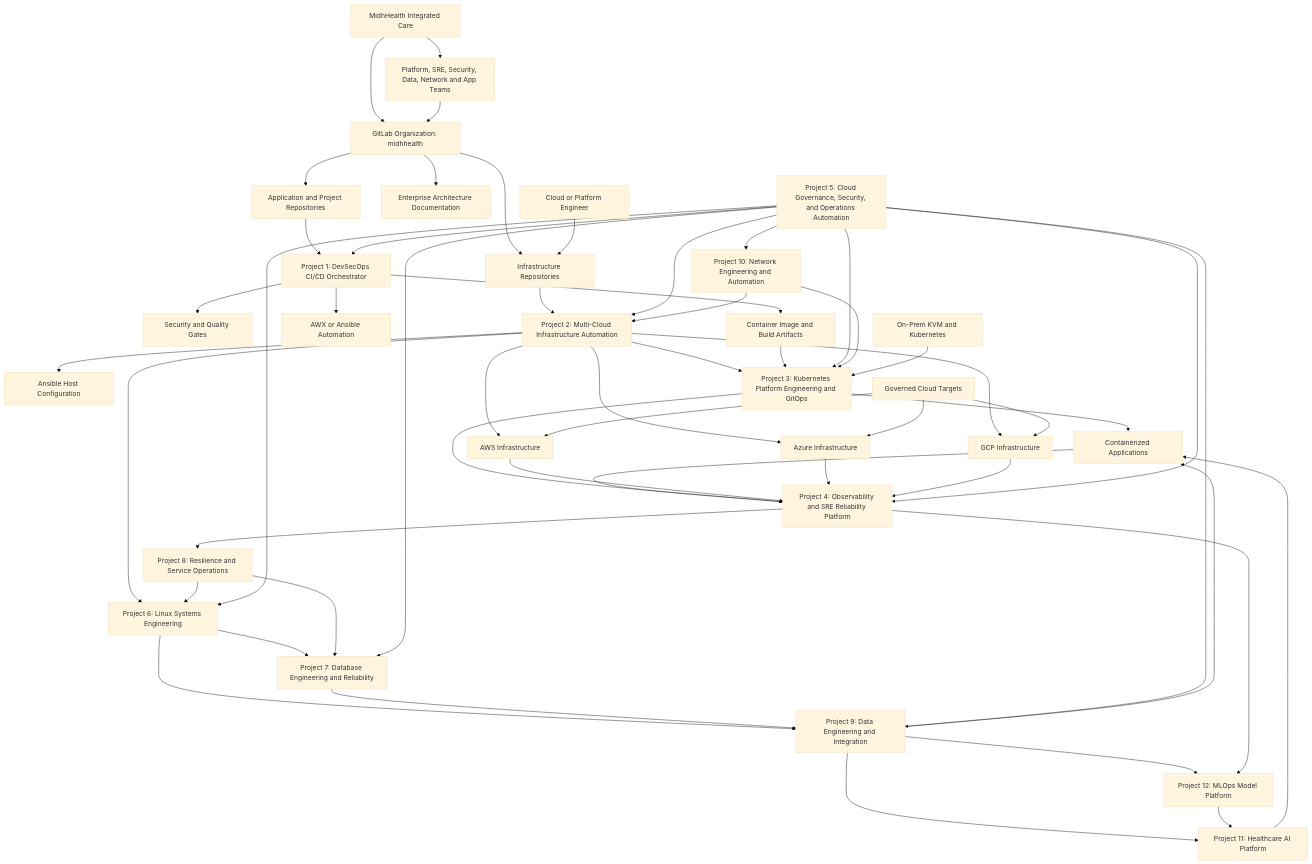
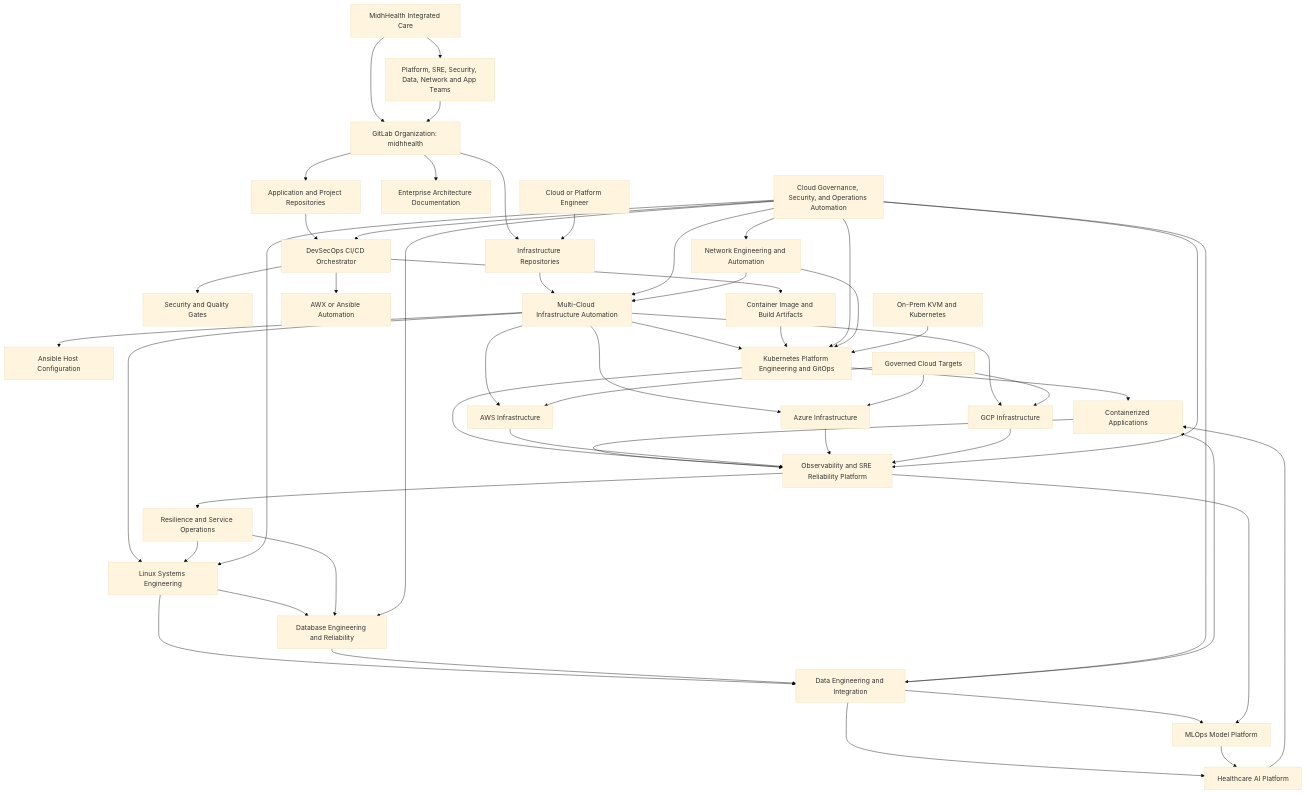
Before and after one commit to MIDHTECH/enterprise-architecture-docs: the first of 3 diagrams in docs/enterprise-project-portfolio-and-usecases.md, drawn with Mermaid (base theme). The commit also changed other lines of this file and 26 other files, not shown here.

````diff
--- a/docs/enterprise-project-portfolio-and-usecases.md
+++ b/docs/enterprise-project-portfolio-and-usecases.md
@@ -145,69 +146,69 @@
 ```mermaid
 flowchart TB
     org[MidhHealth Integrated Care] --> git[GitLab Organization: midhhealth]
     org --> teams[Platform, SRE, Security, Data, Network and App Teams]
     teams --> git
     git --> apprepo[Application and Project Repositories]
     git --> docsrepo[Enterprise Architecture Documentation]
     git --> infrarepo[Infrastructure Repositories]
-    apprepo --> cicd[Project 1: DevSecOps CI/CD Orchestrator]
+    apprepo --> cicd[DevSecOps CI/CD Orchestrator]
     cicd --> scans[Security and Quality Gates]
     cicd --> artifacts[Container Image and Build Artifacts]
     cicd --> awx[AWX or Ansible Automation]
 
     engineer[Cloud or Platform Engineer] --> infrarepo
-    infrarepo --> iac[Project 2: Multi-Cloud Infrastructure Automation]
+    infrarepo --> iac[Multi-Cloud Infrastructure Automation]
     iac --> aws[AWS Infrastructure]
     iac --> azure[Azure Infrastructure]
     iac --> gcp[GCP Infrastructure]
     iac --> ansible[Ansible Host Configuration]
 
-    iac --> k8s[Project 3: Kubernetes Platform Engineering and GitOps]
+    iac --> k8s[Kubernetes Platform Engineering and GitOps]
     artifacts --> k8s
     k8s --> apps[Containerized Applications]
 
-    apps --> obs[Project 4: Observability and SRE Reliability Platform]
+    apps --> obs[Observability and SRE Reliability Platform]
     k8s --> obs
     aws --> obs
     azure --> obs
     gcp --> obs
 
-    sec[Project 5: Cloud Governance, Security, and Operations Automation]
+    sec[Cloud Governance, Security, and Operations Automation]
     sec --> iac
     sec --> k8s
     sec --> obs
     sec --> cicd
 
-    systems[Project 6: Linux Systems Engineering]
-    database[Project 7: Database Engineering and Reliability]
-    resilience[Project 8: Resilience and Service Operations]
-    data[Project 9: Data Engineering and Integration]
-    network[Project 10: Network Engineering and Automation]
-    ai[Project 11: Healthcare AI Platform]
-    ml[Project 12: MLOps Model Platform]
+    systems[Linux Systems Engineering]
+    database[Database Engineering and Reliability]
+    resilience[Resilience and Service Operations]
+    data[Data Engineering and Integration]
+    network[Network Engineering and Automation]
+    ai[Healthcare AI Platform]
+    ml[MLOps Model Platform]
 
     iac --> systems
     network --> iac
     network --> k8s
     systems --> database
     systems --> data
     database --> data
     data --> apps
     obs --> resilience
     resilience --> systems
     resilience --> database
     sec --> systems
     sec --> database
     sec --> data
     sec --> network
     data --> ai
     data --> ml
     ai --> apps
     ml --> ai
     obs --> ml
 
     onprem[On-Prem KVM and Kubernetes] --> k8s
     cloudtarget[Governed Cloud Targets] --> aws
     cloudtarget --> azure
     cloudtarget --> gcp
 ```
````
